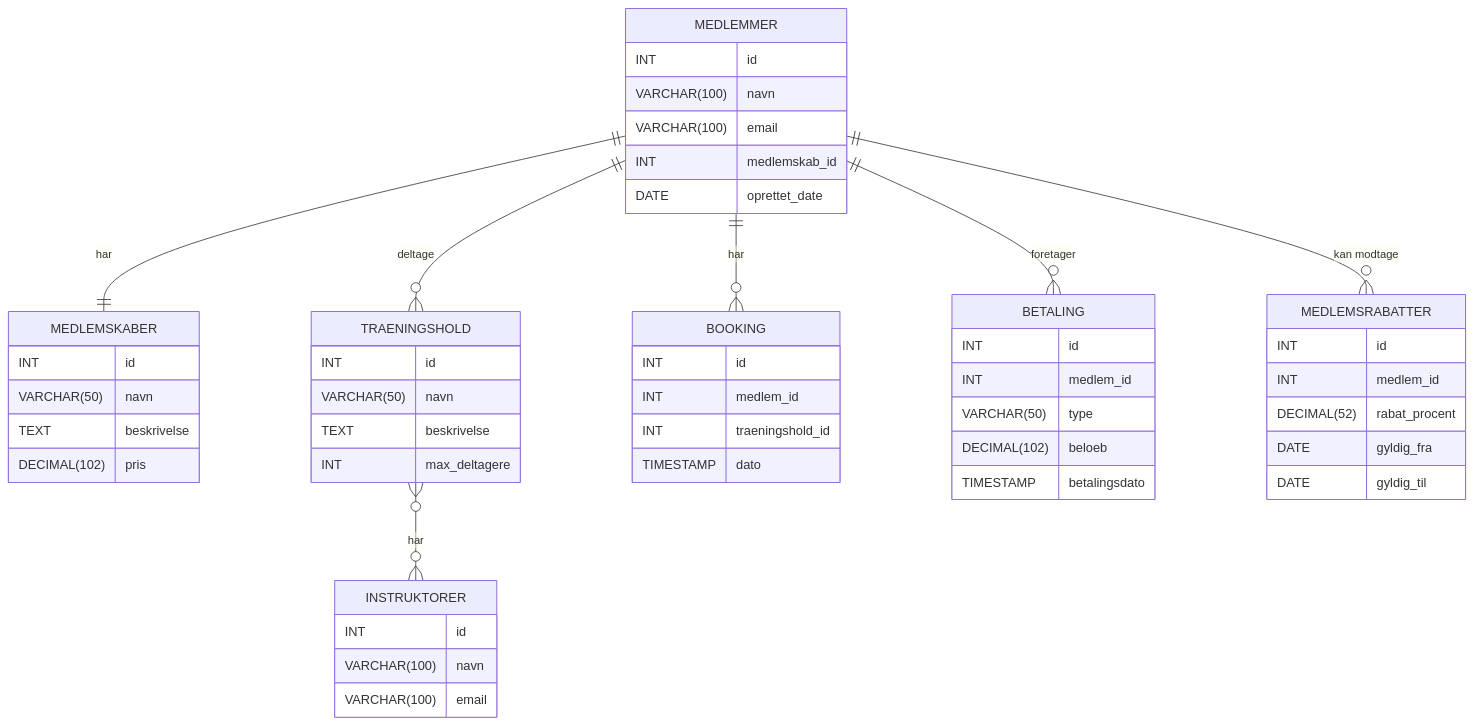
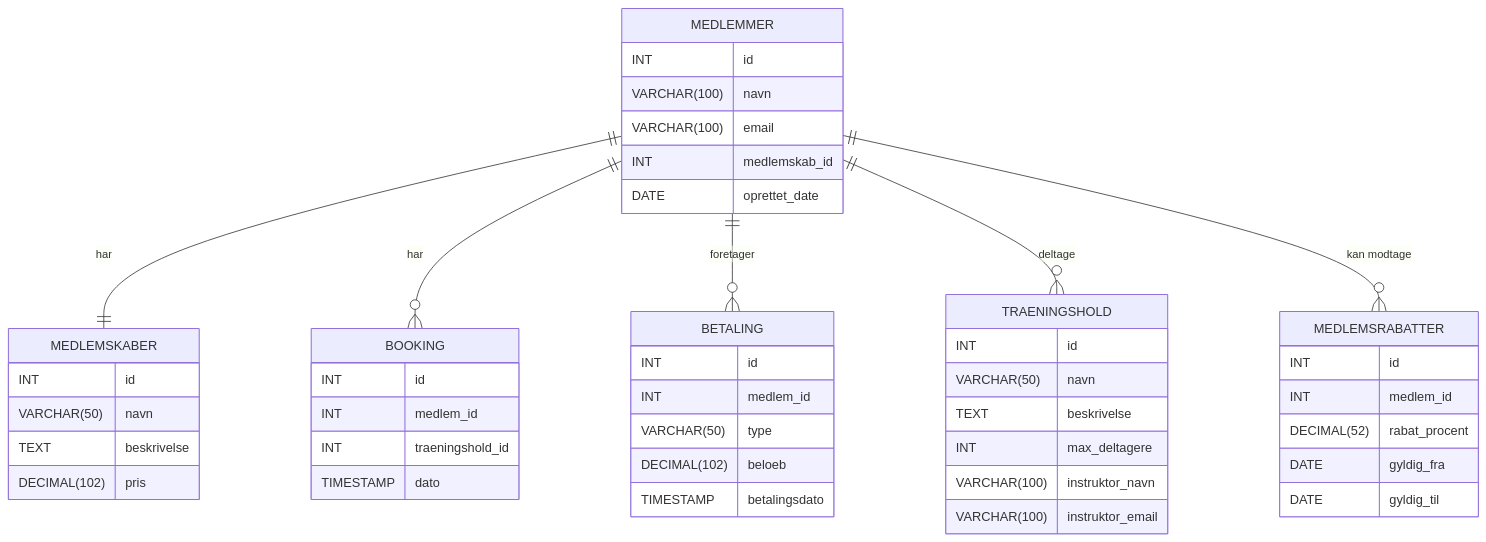
Before and after one commit to TofuBytes-Studies-Group/OLA2_DB_Fitness: the first of 4 diagrams in README.md, drawn with Mermaid. The commit also changed other lines of this file, not shown here.

````diff
--- a/README.md
+++ b/README.md
@@ -12,60 +12,55 @@
 ```mermaid
 erDiagram
     MEDLEMSKABER {
         INT id
         VARCHAR(50) navn
         TEXT beskrivelse
         DECIMAL(102) pris
     }
     
     MEDLEMMER {
         INT id
         VARCHAR(100) navn
         VARCHAR(100) email
         INT medlemskab_id
         DATE oprettet_date
     }
     
     TRAENINGSHOLD {
         INT id
         VARCHAR(50) navn
         TEXT beskrivelse
         INT max_deltagere
-    }
-    
-    INSTRUKTORER {
-        INT id
-        VARCHAR(100) navn
-        VARCHAR(100) email
+        VARCHAR(100) instruktor_navn
+        VARCHAR(100) instruktor_email
     }
     
     BOOKING {
         INT id
         INT medlem_id
         INT traeningshold_id
         TIMESTAMP dato
     }
     
     BETALING {
         INT id
         INT medlem_id
         VARCHAR(50) type
         DECIMAL(102) beloeb
         TIMESTAMP betalingsdato
     }
     
     MEDLEMSRABATTER {
         INT id
         INT medlem_id
         DECIMAL(52) rabat_procent
         DATE gyldig_fra
         DATE gyldig_til
     }
   
     MEDLEMMER ||--|| MEDLEMSKABER : "har" 
     MEDLEMMER ||--o{ BOOKING : "har"
     MEDLEMMER ||--o{ BETALING : "foretager"
     MEDLEMMER ||--o{ TRAENINGSHOLD : "deltage"
     MEDLEMMER ||--o{ MEDLEMSRABATTER : "kan modtage"
-    TRAENINGSHOLD }o--o{ INSTRUKTORER : "har"
 ```
````
